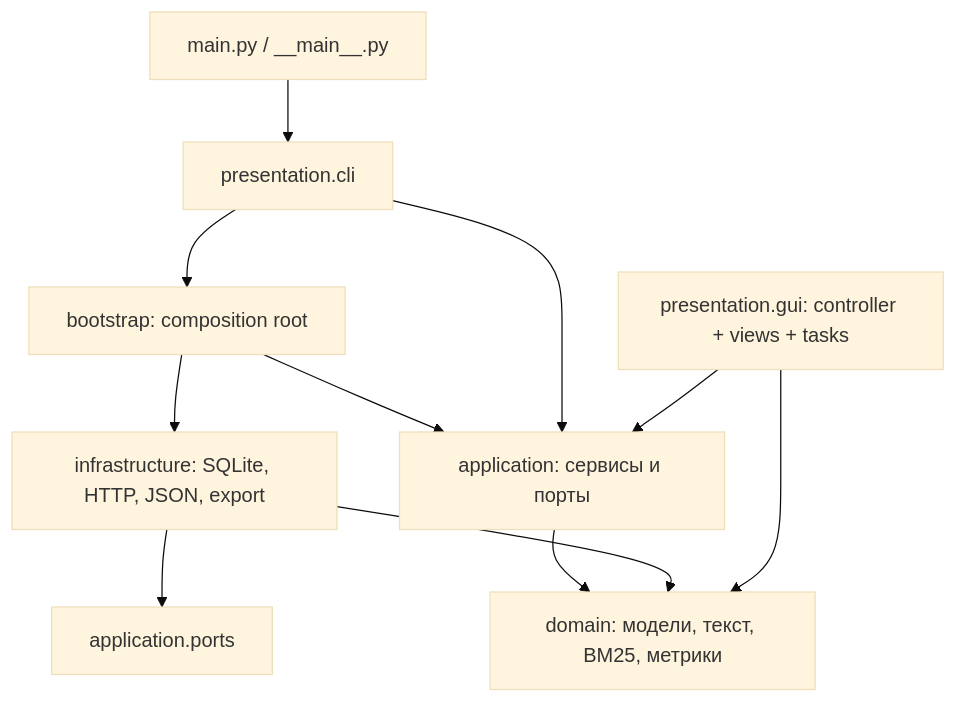
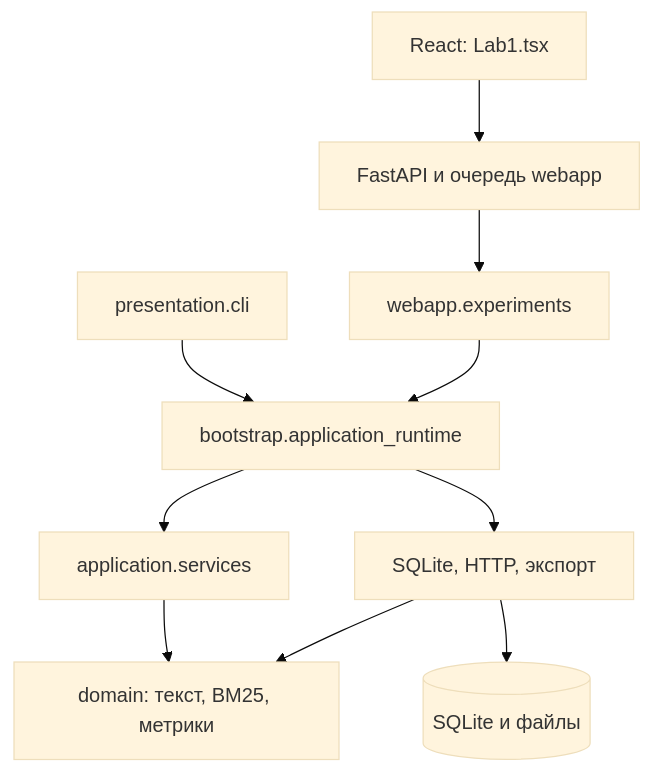
One commit to xarturhax/EYAZIS changed the diagram in lab1/docs/ARCHITECTURE.md. Above: the diagram before and after it, drawn with Mermaid (base theme). The commit also changed other lines of this file and 135 other files, not shown here.

````diff
--- a/lab1/docs/ARCHITECTURE.md
+++ b/lab1/docs/ARCHITECTURE.md
@@ -41,13 +6,12 @@
 ```mermaid
 flowchart TD
-    Entry[main.py / __main__.py] --> CLI[presentation.cli]
-    CLI --> Composition[bootstrap: composition root]
-    Composition --> Infra[infrastructure: SQLite, HTTP, JSON, export]
-    Composition --> App[application: сервисы и порты]
-    CLI --> App
-    GUI[presentation.gui: controller + views + tasks] --> App
-    Infra --> Ports[application.ports]
-    App --> Domain[domain: модели, текст, BM25, метрики]
-    Infra --> Domain
-    GUI --> Domain
+    Browser[React: Lab1.tsx] --> API[FastAPI и очередь webapp]
+    API --> Adapter[webapp.experiments]
+    CLI[presentation.cli] --> Bootstrap[bootstrap.application_runtime]
+    Adapter --> Bootstrap
+    Bootstrap --> Services[application.services]
+    Services --> Domain[domain: текст, BM25, метрики]
+    Bootstrap --> Infrastructure[SQLite, HTTP, экспорт]
+    Infrastructure --> Domain
+    Infrastructure --> Storage[(SQLite и файлы)]
 ```
````
